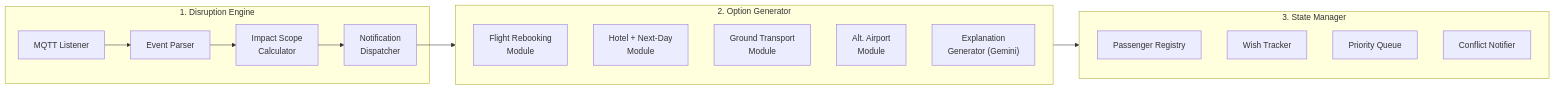
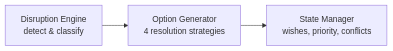
Before and after one commit to sussdorff/soft-landing: the second of 5 diagrams in deck/slides.md, drawn with Mermaid. The commit also changed other lines of this file, not shown here.

First line of the commit message:
docs: distill deck to concise overview, fix mermaid errors

````diff
--- a/deck/slides.md
+++ b/deck/slides.md
@@ -100,29 +73,4 @@
-```mermaid {scale: 0.65}
+```mermaid {scale: 0.8}
 graph LR
-    subgraph DE["1. Disruption Engine"]
-        DE_MQTT["MQTT Listener"]
-        DE_PARSE["Event Parser"]
-        DE_SCOPE["Impact Scope<br/>Calculator"]
-        DE_NOTIFY["Notification<br/>Dispatcher"]
-    end
-
-    DE_MQTT --> DE_PARSE --> DE_SCOPE --> DE_NOTIFY
-
-    subgraph OG["2. Option Generator"]
-        OG_FLIGHT["Flight Rebooking<br/>Module"]
-        OG_HOTEL["Hotel + Next-Day<br/>Module"]
-        OG_GROUND["Ground Transport<br/>Module"]
-        OG_ALT["Alt. Airport<br/>Module"]
-        OG_EXPLAIN["Explanation<br/>Generator (Gemini)"]
-    end
-
-    subgraph SM["3. State Manager"]
-        SM_PAX["Passenger Registry"]
-        SM_WISH["Wish Tracker"]
-        SM_PRIO["Priority Queue"]
-        SM_CONFLICT["Conflict Notifier"]
-    end
-
-    DE_NOTIFY --> OG
-    OG --> SM
+    DE["Disruption Engine<br/>detect & classify"] --> OG["Option Generator<br/>4 resolution strategies"] --> SM["State Manager<br/>wishes, priority, conflicts"]
 ```
````
